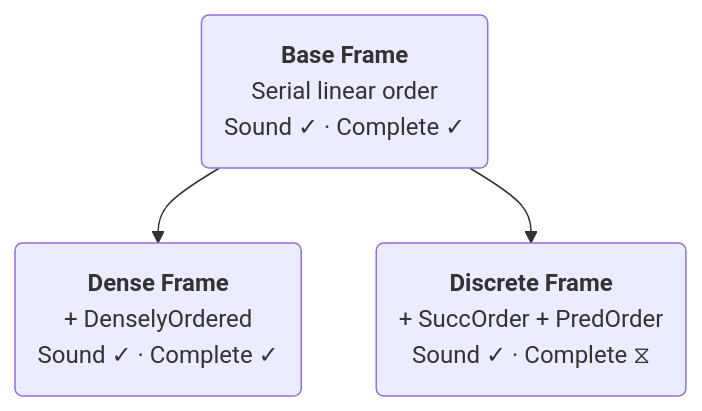
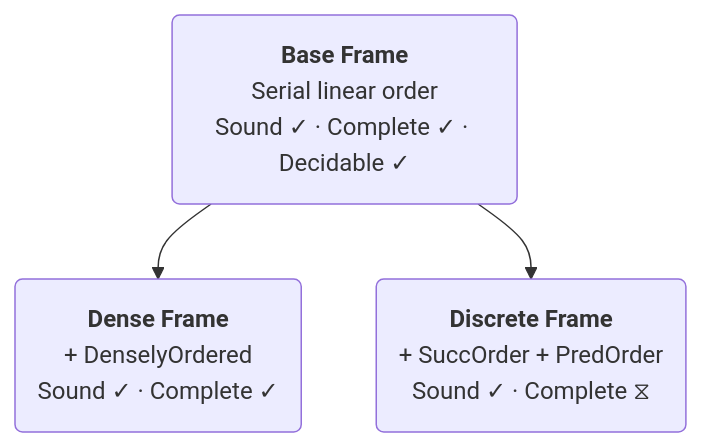
Before and after one commit to benbrastmckie/BimodalLogic: the diagram in README.md, drawn with Mermaid. The commit also changed other lines of this file, not shown here.

````diff
--- a/README.md
+++ b/README.md
@@ -120,9 +120,13 @@
 ```mermaid
 graph TD
-    B("<b>Base Frame</b><br/>Serial linear order<br/>Sound ✓ · Complete ✓")
+    B("<b>Base Frame</b><br/>Serial linear order<br/>Sound ✓ · Complete ✓ · Decidable ✓")
     D("<b>Dense Frame</b><br/>+ DenselyOrdered<br/>Sound ✓ · Complete ✓")
     Z("<b>Discrete Frame</b><br/>+ SuccOrder + PredOrder<br/>Sound ✓ · Complete ⧖")
 
     B --> D
     B --> Z
+
+    style B min-width:350px
+    style D min-width:350px
+    style Z min-width:350px
 ```
````
